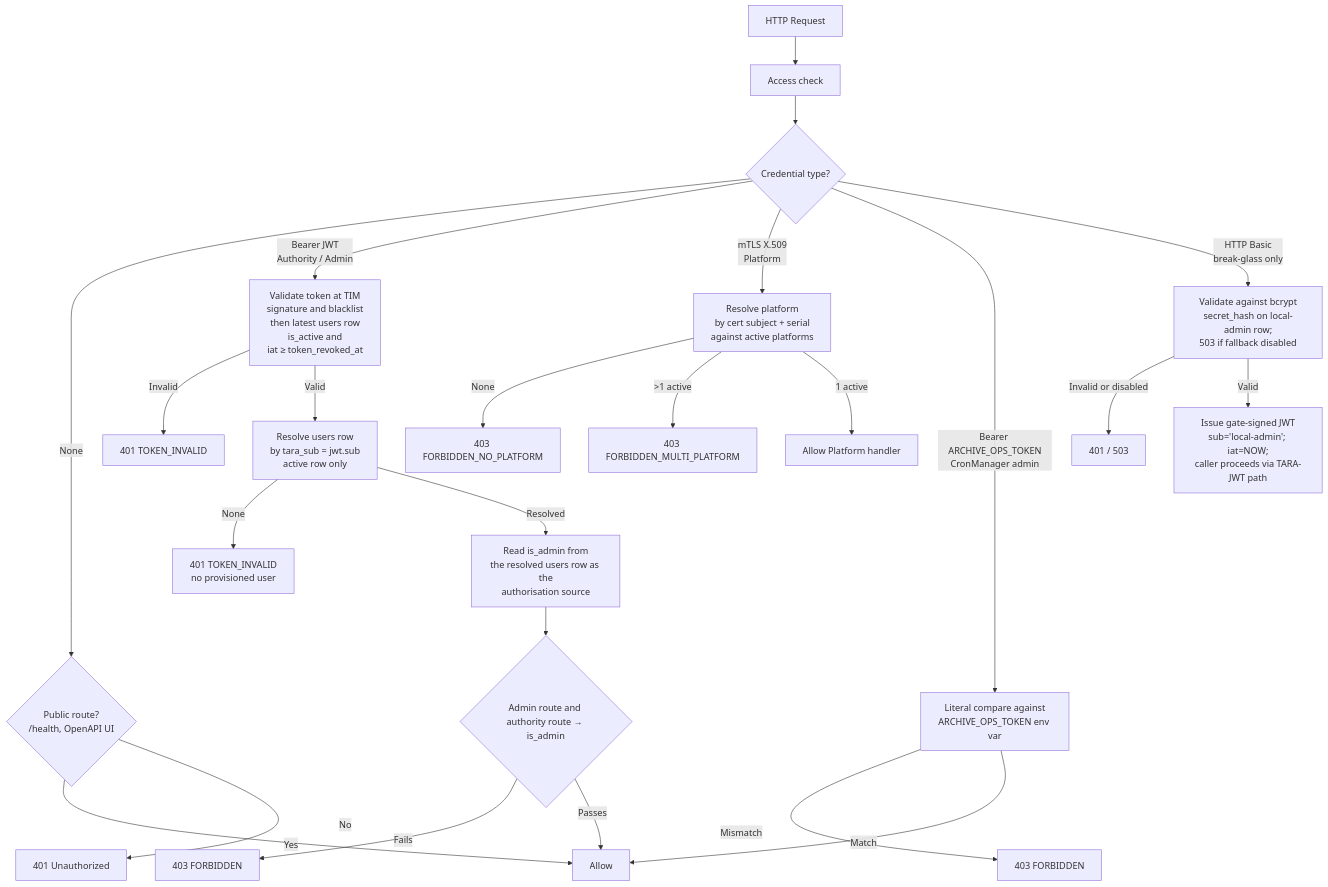
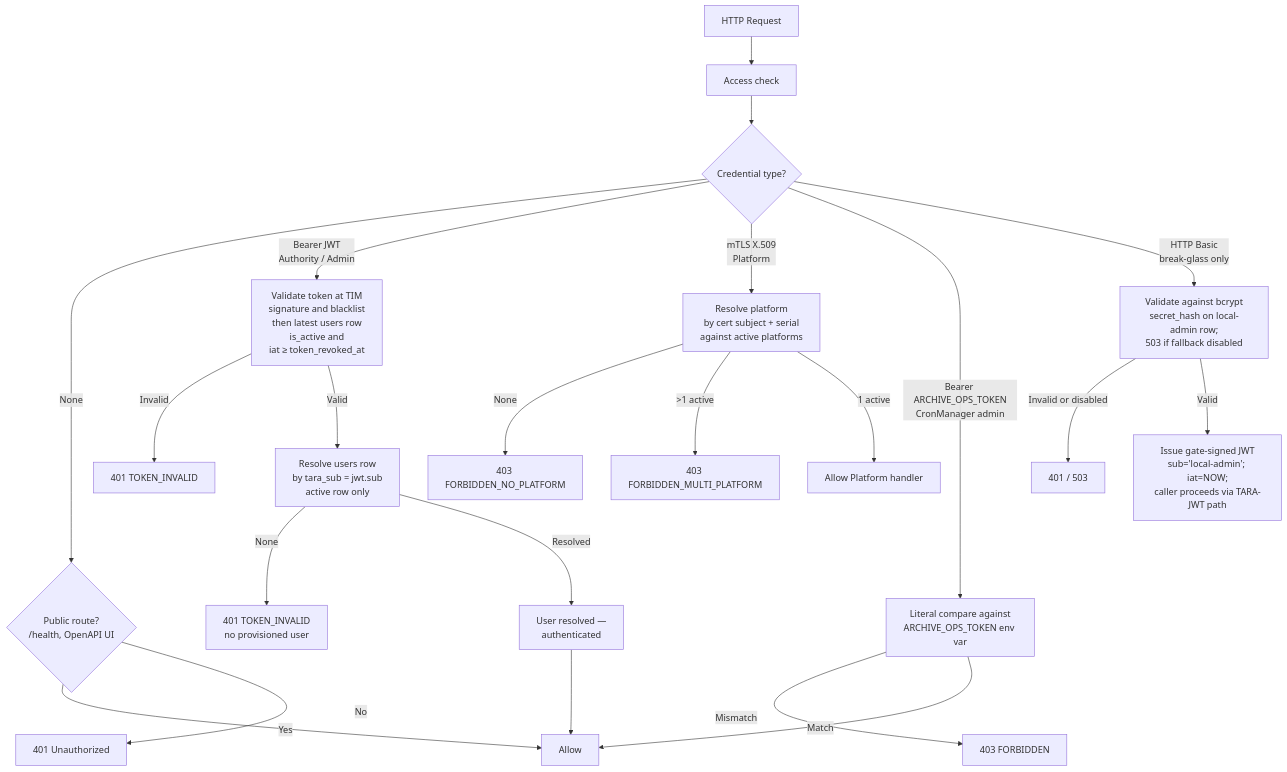
Before and after one commit to kemit-ee/efti-gate-ee: the first of 4 diagrams in docs/specs/permissions-matrix.md, drawn with Mermaid. The commit also changed other lines of this file and 49 other files, not shown here.

First line of the commit message:
remove is_admin from user

````diff
--- a/docs/specs/permissions-matrix.md
+++ b/docs/specs/permissions-matrix.md
@@ -43,26 +44,24 @@
 ```mermaid
 graph TD
     REQ[HTTP Request] --> AC[Access check]
     AC --> CRED{Credential type?}
     CRED -->|None| PUB{Public route?<br/>/health, OpenAPI UI}
     PUB -->|Yes| ALLOW[Allow]
     PUB -->|No| UNAUTH[401 Unauthorized]
     CRED -->|Bearer JWT<br/>Authority / Admin| TARA[Validate token at TIM<br/>signature and blacklist<br/>then latest users row<br/>is_active and<br/>iat ≥ token_revoked_at]
     CRED -->|mTLS X.509<br/>Platform| MTLS[Resolve platform<br/>by cert subject + serial<br/>against active platforms]
     CRED -->|Bearer ARCHIVE_OPS_TOKEN<br/>CronManager admin| OPS[Literal compare against<br/>ARCHIVE_OPS_TOKEN env var]
     CRED -->|HTTP Basic<br/>break-glass only| BG[Validate against bcrypt<br/>secret_hash on local-admin row;<br/>503 if fallback disabled]
     TARA -->|Invalid| ERR401[401 TOKEN_INVALID]
     TARA -->|Valid| TARASUB[Resolve users row<br/>by tara_sub = jwt.sub<br/>active row only]
     TARASUB -->|None| NOUSER[401 TOKEN_INVALID<br/>no provisioned user]
-    TARASUB -->|Resolved| AUTHZ[Read is_admin from<br/>the resolved users row as the<br/>authorisation source]
+    TARASUB -->|Resolved| AUTHZ[User resolved —<br/>authenticated]
     MTLS -->|None| NOPLAT[403 FORBIDDEN_NO_PLATFORM]
     MTLS -->|>1 active| MULTI[403 FORBIDDEN_MULTI_PLATFORM]
     MTLS -->|1 active| ALLOWPLAT[Allow Platform handler]
     OPS -->|Mismatch| OPSDENY[403 FORBIDDEN]
     OPS -->|Match| ALLOW
     BG -->|Invalid or disabled| BGFAIL[401 / 503]
     BG -->|Valid| BGTOKEN[Issue gate-signed JWT<br/>sub='local-admin'; iat=NOW;<br/>caller proceeds via TARA-JWT path]
-    AUTHZ --> ROLECHECK{"Admin route and authority route → is_admin"}
-    ROLECHECK -->|Fails| ERR403[403 FORBIDDEN]
-    ROLECHECK -->|Passes| ALLOW
+    AUTHZ --> ALLOW
 ```
````
